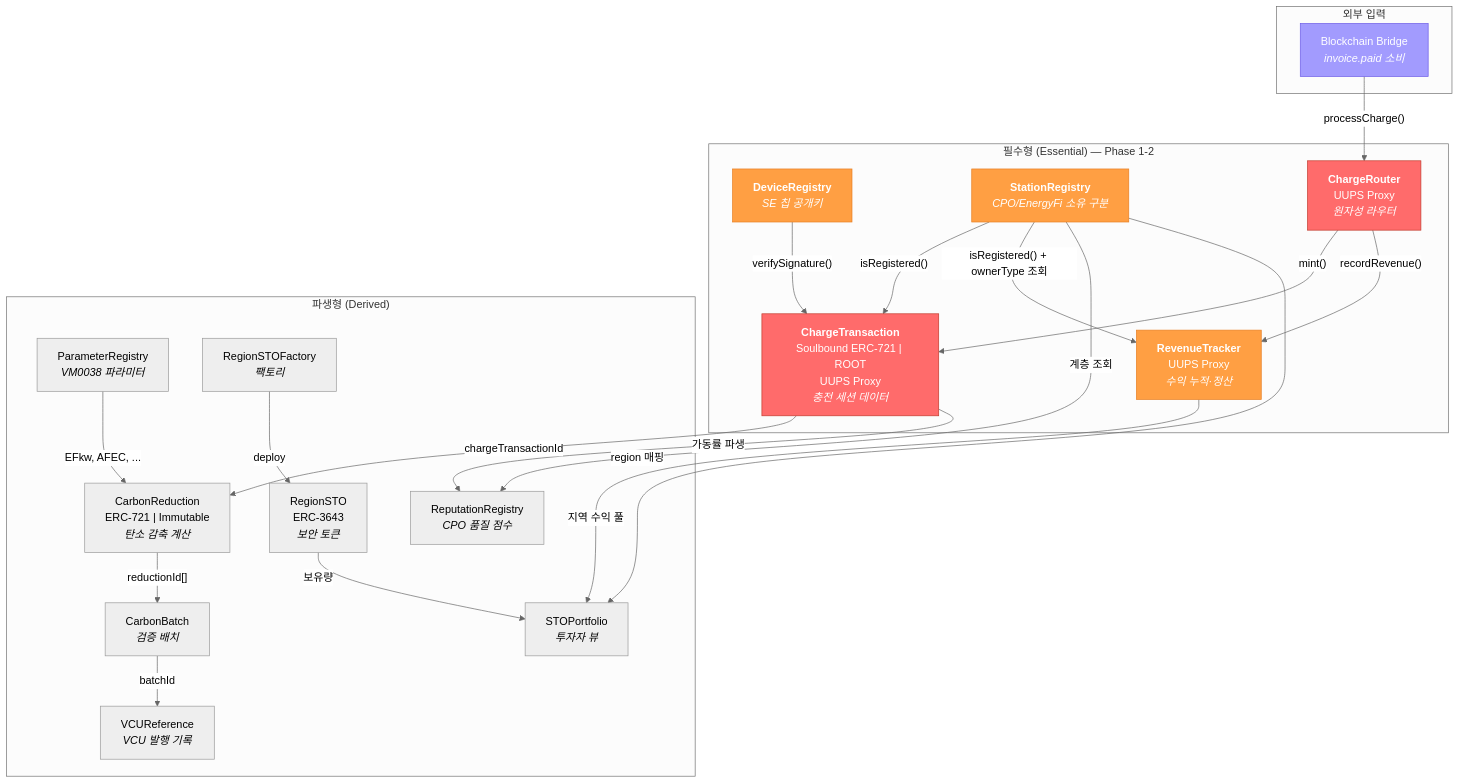
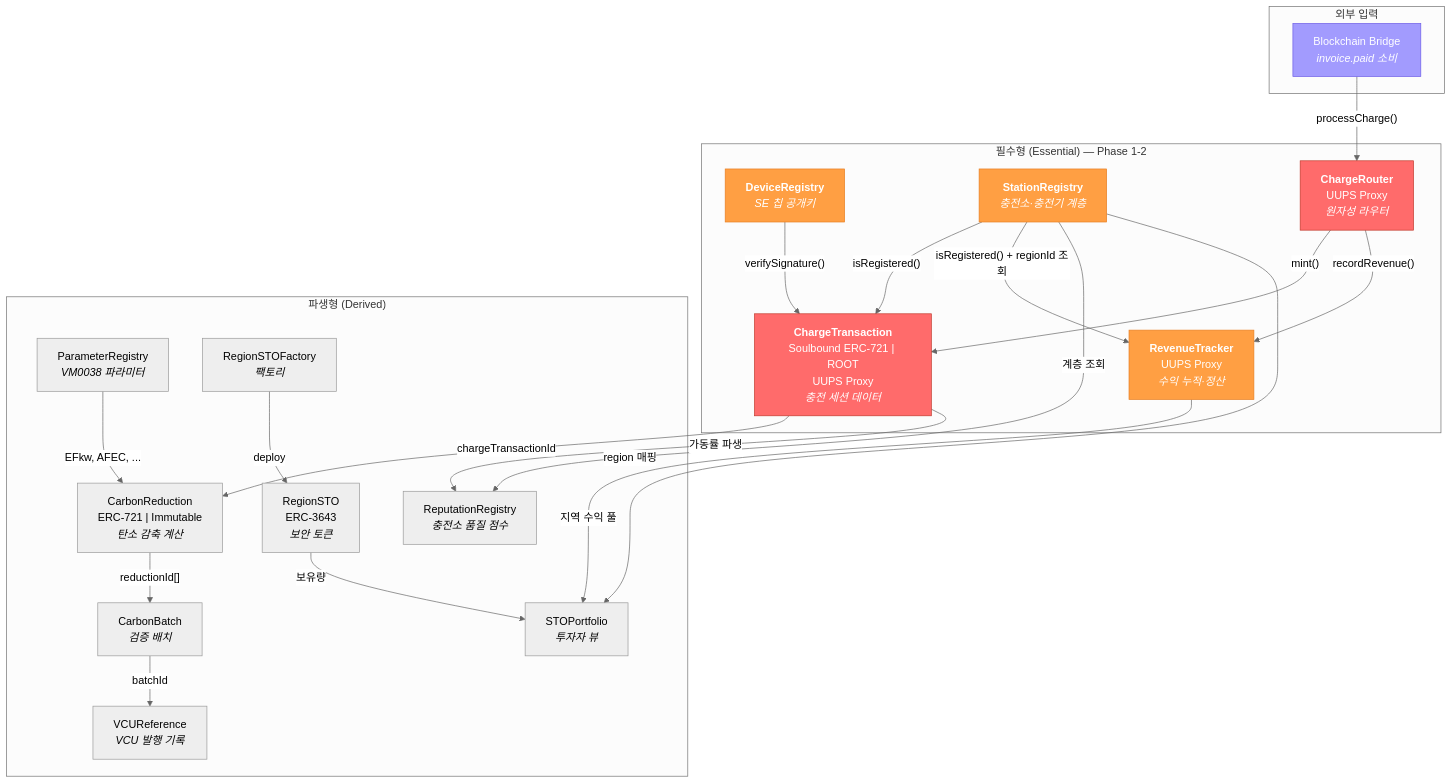
One commit to Seon-ung/EnergyFi changed the diagram in contracts/docs/implementation-roadmap.md. Above: the diagram before and after it, drawn with Mermaid (neutral theme). The commit also changed other lines of this file and 41 other files, not shown here.

````diff
--- a/contracts/docs/implementation-roadmap.md
+++ b/contracts/docs/implementation-roadmap.md
@@ -162,49 +162,49 @@
 ```mermaid
 graph TD
     subgraph "외부 입력"
         BRIDGE["Blockchain Bridge<br/><i>invoice.paid 소비</i>"]
     end
 
     subgraph "필수형 (Essential) — Phase 1-2"
         DR["<b>DeviceRegistry</b><br/><i>SE 칩 공개키</i>"]
-        SR["<b>StationRegistry</b><br/><i>CPO/EnergyFi 소유 구분</i>"]
+        SR["<b>StationRegistry</b><br/><i>충전소·충전기 계층</i>"]
         ROUTER["<b>ChargeRouter</b><br/>UUPS Proxy<br/><i>원자성 라우터</i>"]
         CT["<b>ChargeTransaction</b><br/>Soulbound ERC-721 | ROOT<br/>UUPS Proxy<br/><i>충전 세션 데이터</i>"]
         RT["<b>RevenueTracker</b><br/>UUPS Proxy<br/><i>수익 누적·정산</i>"]
     end
 
     subgraph "파생형 (Derived)"
         PR["ParameterRegistry<br/><i>VM0038 파라미터</i>"]
         CR["CarbonReduction<br/>ERC-721 | Immutable<br/><i>탄소 감축 계산</i>"]
-        RR["ReputationRegistry<br/><i>CPO 품질 점수</i>"]
+        RR["ReputationRegistry<br/><i>충전소 품질 점수</i>"]
         CB["CarbonBatch<br/><i>검증 배치</i>"]
         VR["VCUReference<br/><i>VCU 발행 기록</i>"]
         RSTO["RegionSTO<br/>ERC-3643<br/><i>보안 토큰</i>"]
         RSTOF["RegionSTOFactory<br/><i>팩토리</i>"]
         SP["STOPortfolio<br/><i>투자자 뷰</i>"]
     end
 
     BRIDGE -->|"processCharge()"| ROUTER
     ROUTER -->|"mint()"| CT
     ROUTER -->|"recordRevenue()"| RT
     DR -->|"verifySignature()"| CT
     SR -->|"isRegistered()"| CT
-    SR -->|"isRegistered() + ownerType 조회"| RT
+    SR -->|"isRegistered() + regionId 조회"| RT
     CT -->|"chargeTransactionId"| CR
     PR -->|"EFkw, AFEC, ..."| CR
     RT -->|"지역 수익 풀"| SP
     CT -->|"가동률 파생"| RR
     CR -->|"reductionId[]"| CB
     CB -->|"batchId"| VR
     SR -->|"계층 조회"| RR
     SR -->|"region 매핑"| SP
     RSTOF -->|"deploy"| RSTO
     RSTO -->|"보유량"| SP
 
     style CT fill:#ff6b6b,stroke:#c0392b,color:#fff
     style ROUTER fill:#ff6b6b,stroke:#c0392b,color:#fff
     style DR fill:#ff9f43,stroke:#e67e22,color:#fff
     style SR fill:#ff9f43,stroke:#e67e22,color:#fff
     style RT fill:#ff9f43,stroke:#e67e22,color:#fff
     style BRIDGE fill:#a29bfe,stroke:#6c5ce7,color:#fff
 ```
````
